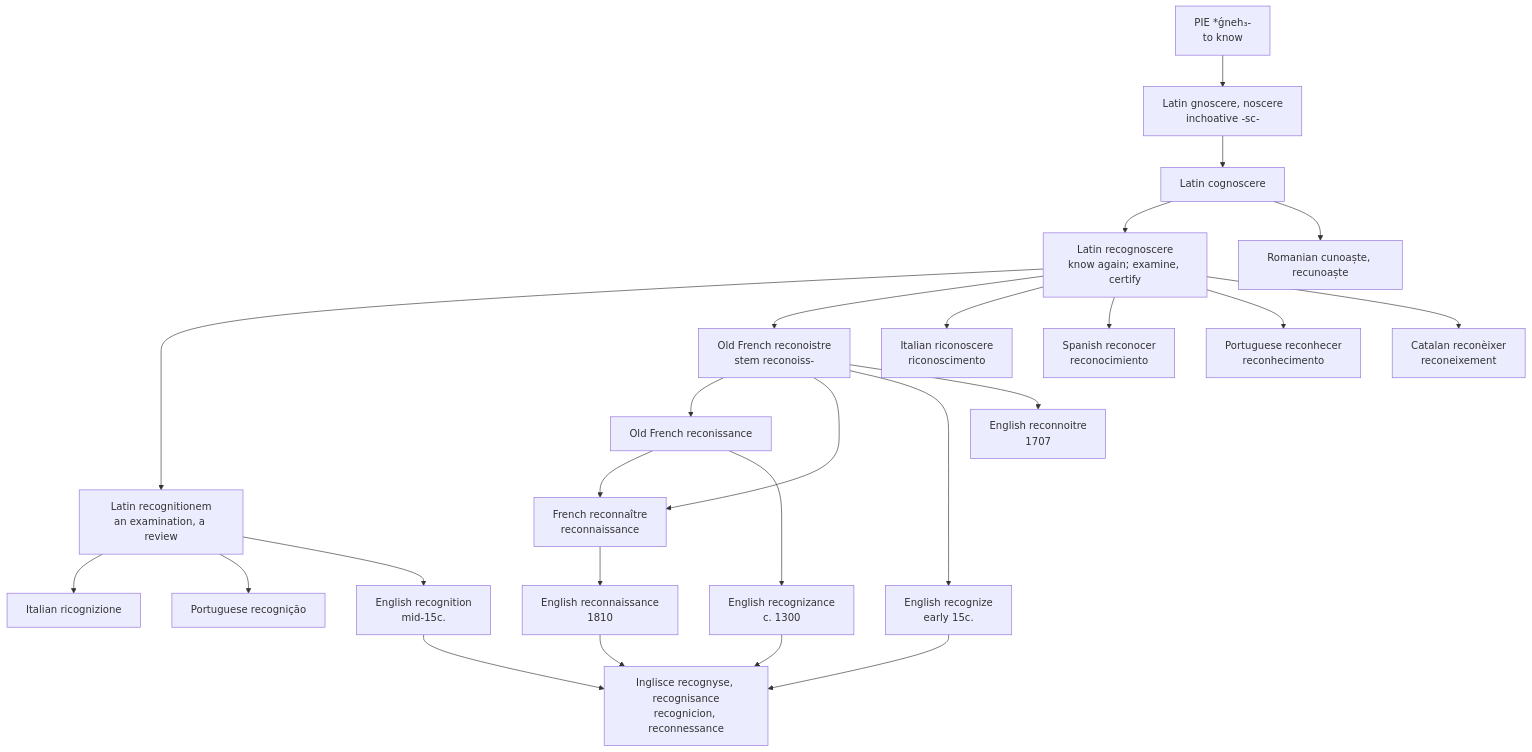
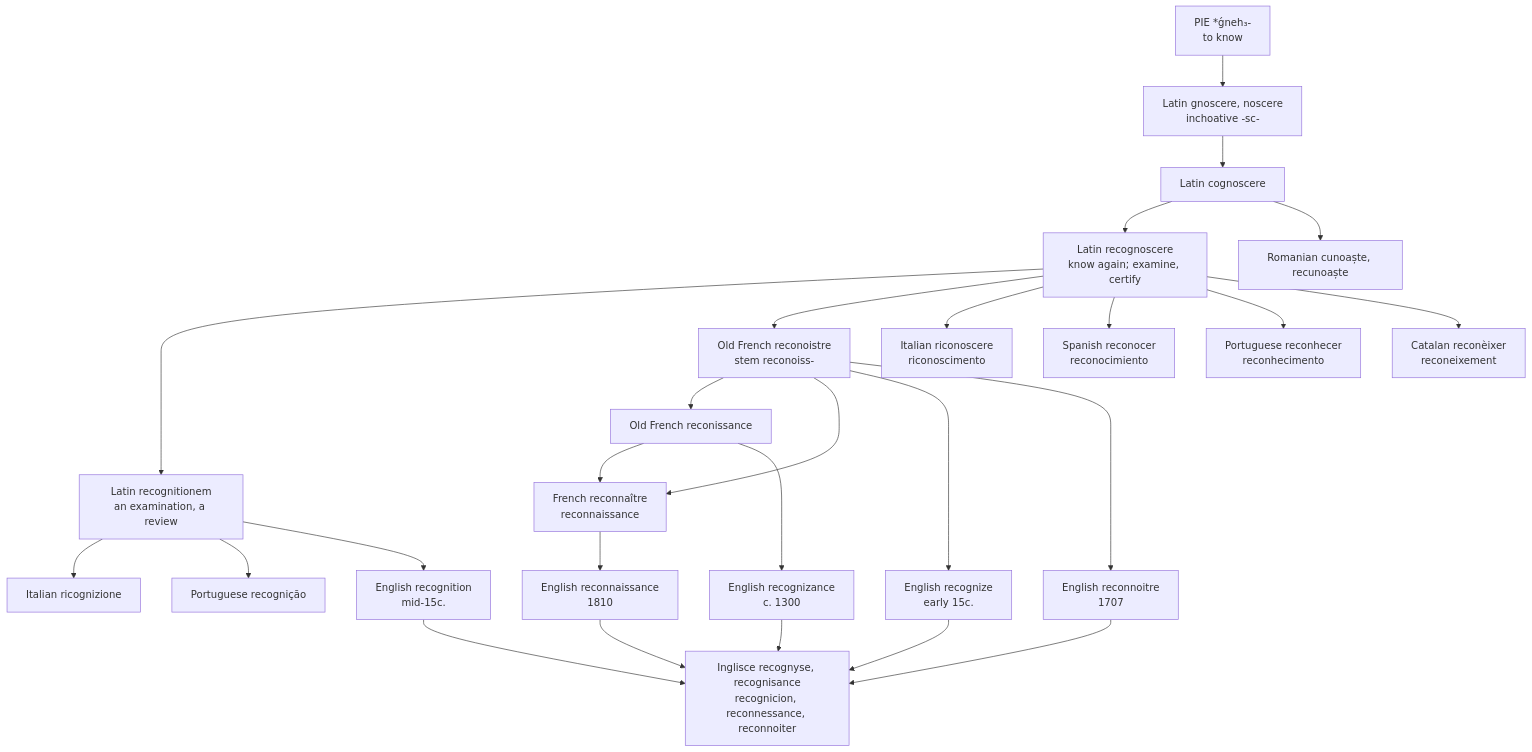
One commit to dionys93/ety-dictionary changed the diagram in data-text/inglisce/etymology/comparisons/r/recognize.md. Above: the diagram before and after it, drawn with Mermaid. The commit also changed other lines of this file, not shown here.

````diff
--- a/data-text/inglisce/etymology/comparisons/r/recognize.md
+++ b/data-text/inglisce/etymology/comparisons/r/recognize.md
@@ -71,53 +73,54 @@
 ```mermaid
 flowchart TD
     PIE["PIE *ǵneh₃-<br/>to know"]
     GNO["Latin gnoscere, noscere<br/>inchoative -sc-"]
     COG["Latin cognoscere"]
     REC["Latin recognoscere<br/>know again; examine, certify"]
     RECN["Latin recognitionem<br/>an examination, a review"]
 
     OF["Old French reconoistre<br/>stem reconoiss-"]
     OFN["Old French reconissance"]
     FR["French reconnaître<br/>reconnaissance"]
 
     IT["Italian riconoscere<br/>riconoscimento"]
     ITL["Italian ricognizione"]
     SP["Spanish reconocer<br/>reconocimiento"]
     PT["Portuguese reconhecer<br/>reconhecimento"]
     PTL["Portuguese recognição"]
     CAT["Catalan reconèixer<br/>reconeixement"]
     RO["Romanian cunoaște, recunoaște"]
 
     EN1["English recognizance<br/>c. 1300"]
     EN2["English recognize<br/>early 15c."]
     EN3["English recognition<br/>mid-15c."]
     EN4["English reconnoitre<br/>1707"]
     EN5["English reconnaissance<br/>1810"]
 
-    ING["Inglisce recognyse, recognisance<br/>recognicion, reconnessance"]
+    ING["Inglisce recognyse, recognisance<br/>recognicion, reconnessance, reconnoiter"]
 
     PIE --> GNO
     GNO --> COG
     COG --> REC
     REC --> RECN
     REC --> OF
     REC --> IT
     REC --> SP
     REC --> PT
     REC --> CAT
     COG --> RO
     OF --> OFN
     OF --> FR
     OFN --> FR
     RECN --> ITL
     RECN --> PTL
     RECN --> EN3
     OFN --> EN1
     OF --> EN2
     OF --> EN4
     FR --> EN5
     EN1 --> ING
     EN2 --> ING
     EN3 --> ING
+    EN4 --> ING
     EN5 --> ING
 ```
````
